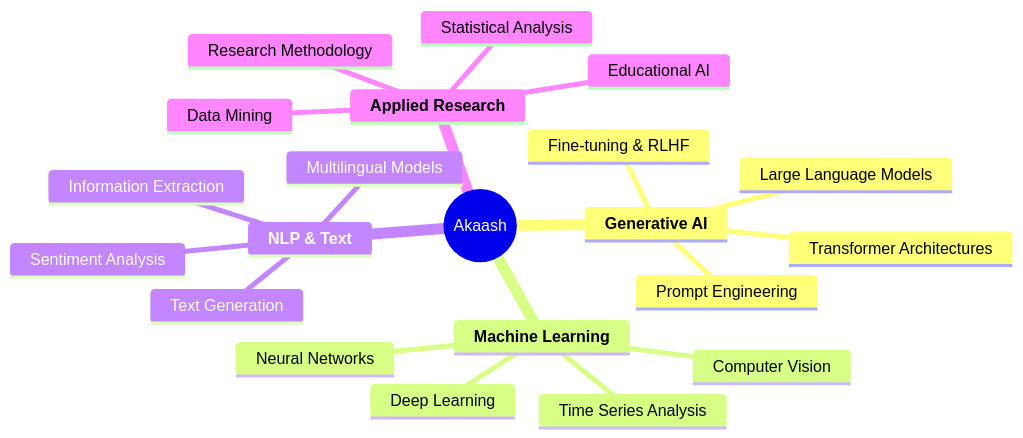
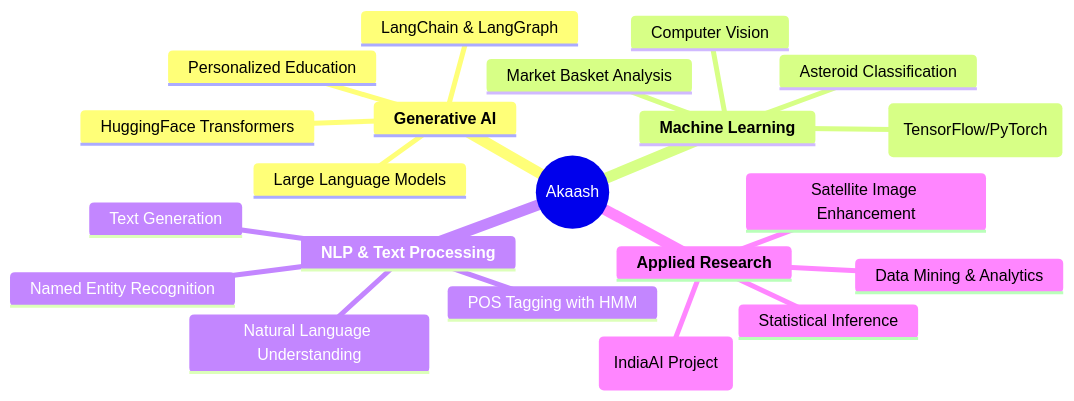
The diagram in README.md (akaash897/akaash897), drawn with Mermaid before and after one commit. The commit also changed other lines of this file, not shown here.

````diff
--- a/README.md
+++ b/README.md
@@ -46,24 +49,24 @@
 ```mermaid
 mindmap
   root((Akaash))
     **Generative AI**
       Large Language Models
-      Transformer Architectures
-      Fine-tuning & RLHF
-      Prompt Engineering
+      Personalized Education
+      LangChain & LangGraph
+      HuggingFace Transformers
     **Machine Learning**
-      Deep Learning
-      Neural Networks
+      Deep Learning (TensorFlow/PyTorch)
       Computer Vision
-      Time Series Analysis
-    **NLP & Text**
-      Sentiment Analysis
+      Market Basket Analysis
+      Asteroid Classification
+    **NLP & Text Processing**
+      Named Entity Recognition
+      POS Tagging with HMM
+      Natural Language Understanding
       Text Generation
-      Information Extraction
-      Multilingual Models
     **Applied Research**
-      Educational AI
-      Research Methodology
-      Data Mining
-      Statistical Analysis
+      Educational AI (IndiaAI Project)
+      Satellite Image Enhancement
+      Data Mining & Analytics
+      Statistical Inference
 ```
````
